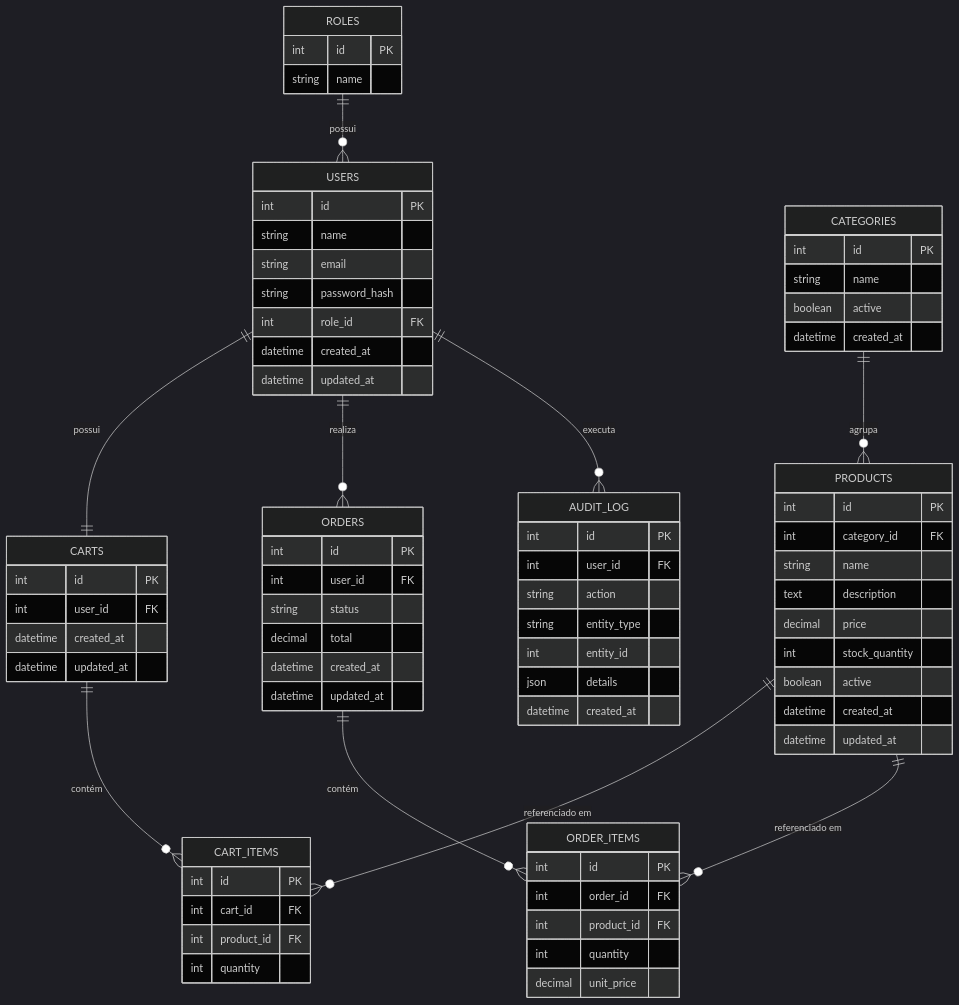
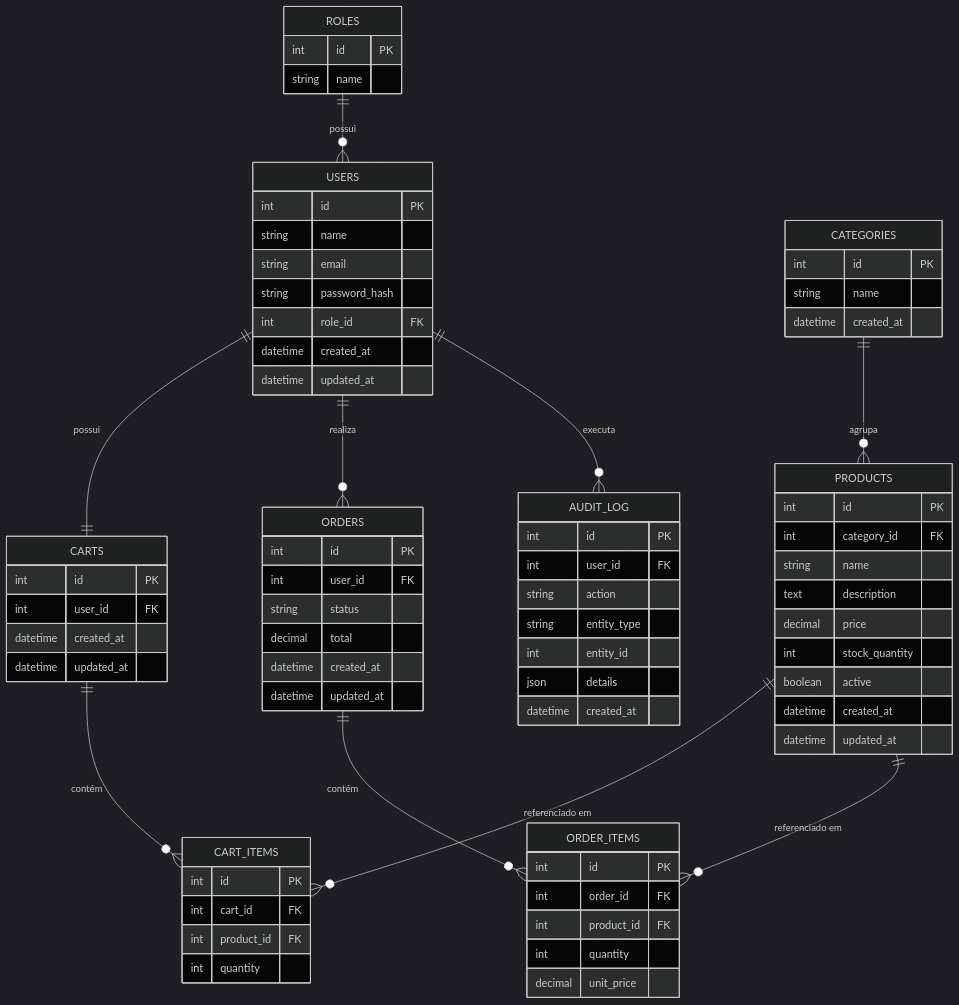
One commit to rodrigofl-dev/aneleh-commerce-api changed the diagram in doc/04-database.md. Above: the diagram before and after it, drawn with Mermaid (dark theme). The commit also changed other lines of this file and 3 other files, not shown here.

````diff
--- a/doc/04-database.md
+++ b/doc/04-database.md
@@ -165,79 +164,78 @@
 ```mermaid
 erDiagram
     ROLES ||--o{ USERS : "possui"
     USERS ||--|| CARTS : "possui"
     CARTS ||--o{ CART_ITEMS : "contém"
     PRODUCTS ||--o{ CART_ITEMS : "referenciado em"
     CATEGORIES ||--o{ PRODUCTS : "agrupa"
     USERS ||--o{ ORDERS : "realiza"
     ORDERS ||--o{ ORDER_ITEMS : "contém"
     PRODUCTS ||--o{ ORDER_ITEMS : "referenciado em"
     USERS ||--o{ AUDIT_LOG : "executa"
 
     ROLES {
         int id PK
         string name
     }
     USERS {
         int id PK
         string name
         string email
         string password_hash
         int role_id FK
         datetime created_at
         datetime updated_at
     }
     CATEGORIES {
         int id PK
         string name
-        boolean active
         datetime created_at
     }
     PRODUCTS {
         int id PK
         int category_id FK
         string name
         text description
         decimal price
         int stock_quantity
         boolean active
         datetime created_at
         datetime updated_at
     }
     CARTS {
         int id PK
         int user_id FK
         datetime created_at
         datetime updated_at
     }
     CART_ITEMS {
         int id PK
         int cart_id FK
         int product_id FK
         int quantity
     }
     ORDERS {
         int id PK
         int user_id FK
         string status
         decimal total
         datetime created_at
         datetime updated_at
     }
     ORDER_ITEMS {
         int id PK
         int order_id FK
         int product_id FK
         int quantity
         decimal unit_price
     }
     AUDIT_LOG {
         int id PK
         int user_id FK
         string action
         string entity_type
         int entity_id
         json details
         datetime created_at
     }
 ```
````
